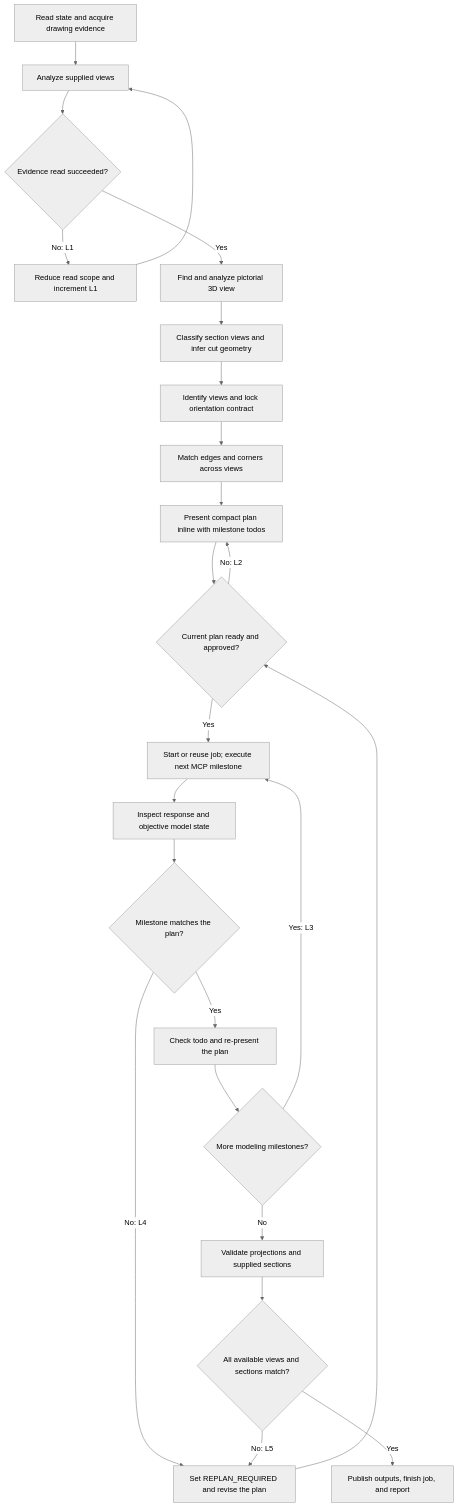
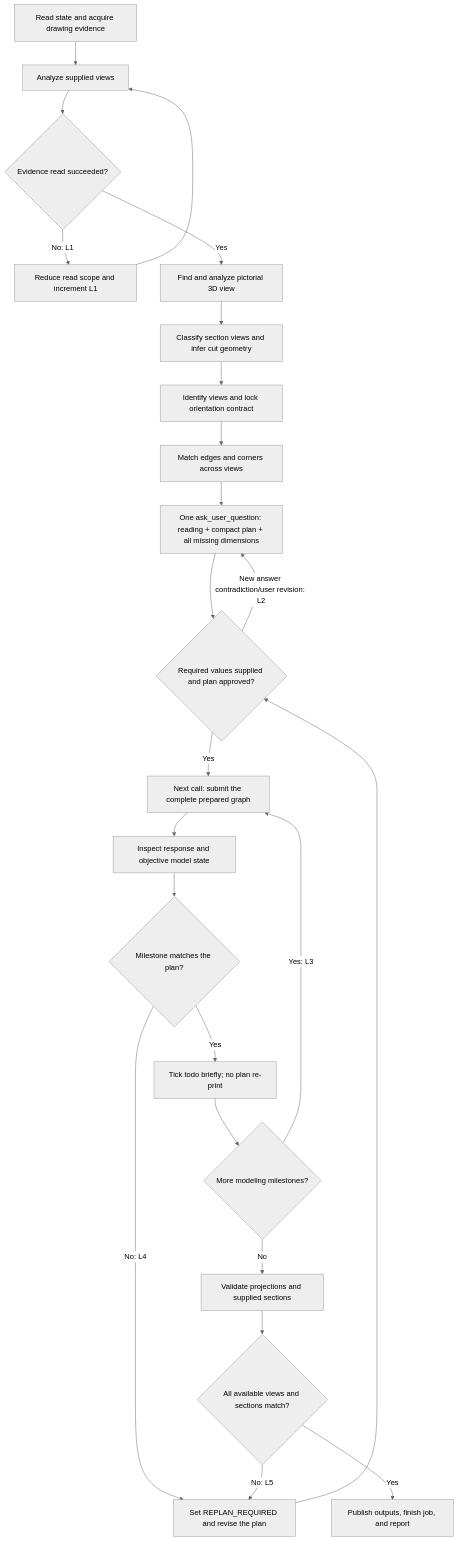
One commit to tian-yu200/dsh-solidworks changed the diagram in dsh-integration/presets/solidworks-cad/skills/solidworks-cad/SKILL.md. Above: the diagram before and after it, drawn with Mermaid (neutral theme). The commit also changed other lines of this file and 65 other files, not shown here.

````diff
--- a/dsh-integration/presets/solidworks-cad/skills/solidworks-cad/SKILL.md
+++ b/dsh-integration/presets/solidworks-cad/skills/solidworks-cad/SKILL.md
@@ -117,26 +116,26 @@
 ```mermaid
 flowchart TD
     A["Read state and acquire drawing evidence"] --> B["Analyze supplied views"]
     B --> Q{"Evidence read succeeded?"}
     Q -- "No: L1" --> R["Reduce read scope and increment L1"]
     R --> B
     Q -- "Yes" --> P["Find and analyze pictorial 3D view"]
     P --> S["Classify section views and infer cut geometry"]
     S --> O["Identify views and lock orientation contract"]
     O --> C["Match edges and corners across views"]
-    C --> D["Present compact plan inline with milestone todos"]
-    D --> E{"Current plan ready and approved?"}
-    E -- "No: L2" --> D
-    E -- "Yes" --> F["Start or reuse job; execute next MCP milestone"]
+    C --> D["One ask_user_question: reading + compact plan + all missing dimensions"]
+    D --> E{"Required values supplied and plan approved?"}
+    E -- "New answer contradiction/user revision: L2" --> D
+    E -- "Yes" --> F["Next call: submit the complete prepared graph"]
     F --> G["Inspect response and objective model state"]
     G --> H{"Milestone matches the plan?"}
     H -- "No: L4" --> X["Set REPLAN_REQUIRED and revise the plan"]
     X --> E
-    H -- "Yes" --> I["Check todo and re-present the plan"]
+    H -- "Yes" --> I["Tick todo briefly; no plan re-print"]
     I --> J{"More modeling milestones?"}
     J -- "Yes: L3" --> F
     J -- "No" --> K["Validate projections and supplied sections"]
     K --> L{"All available views and sections match?"}
     L -- "No: L5" --> X
     L -- "Yes" --> M["Publish outputs, finish job, and report"]
 ```
````
